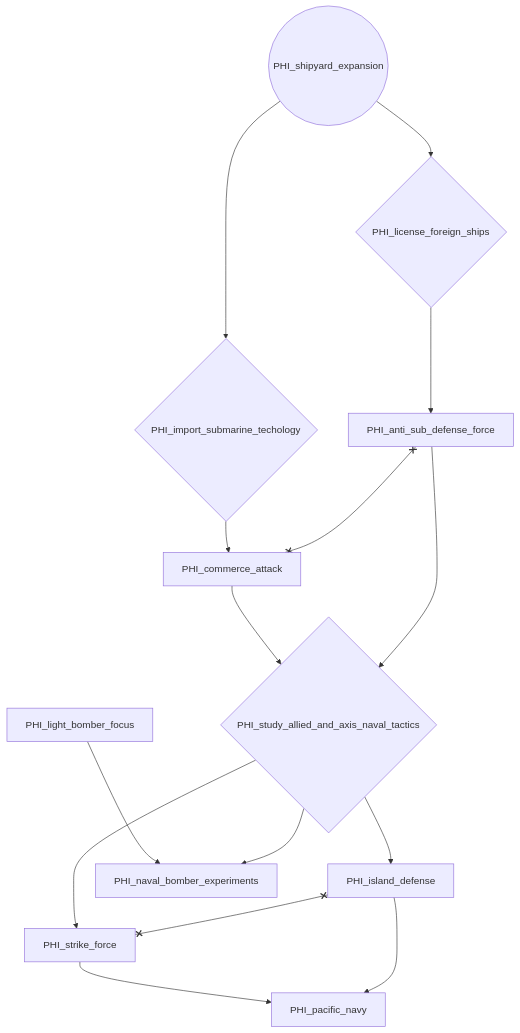
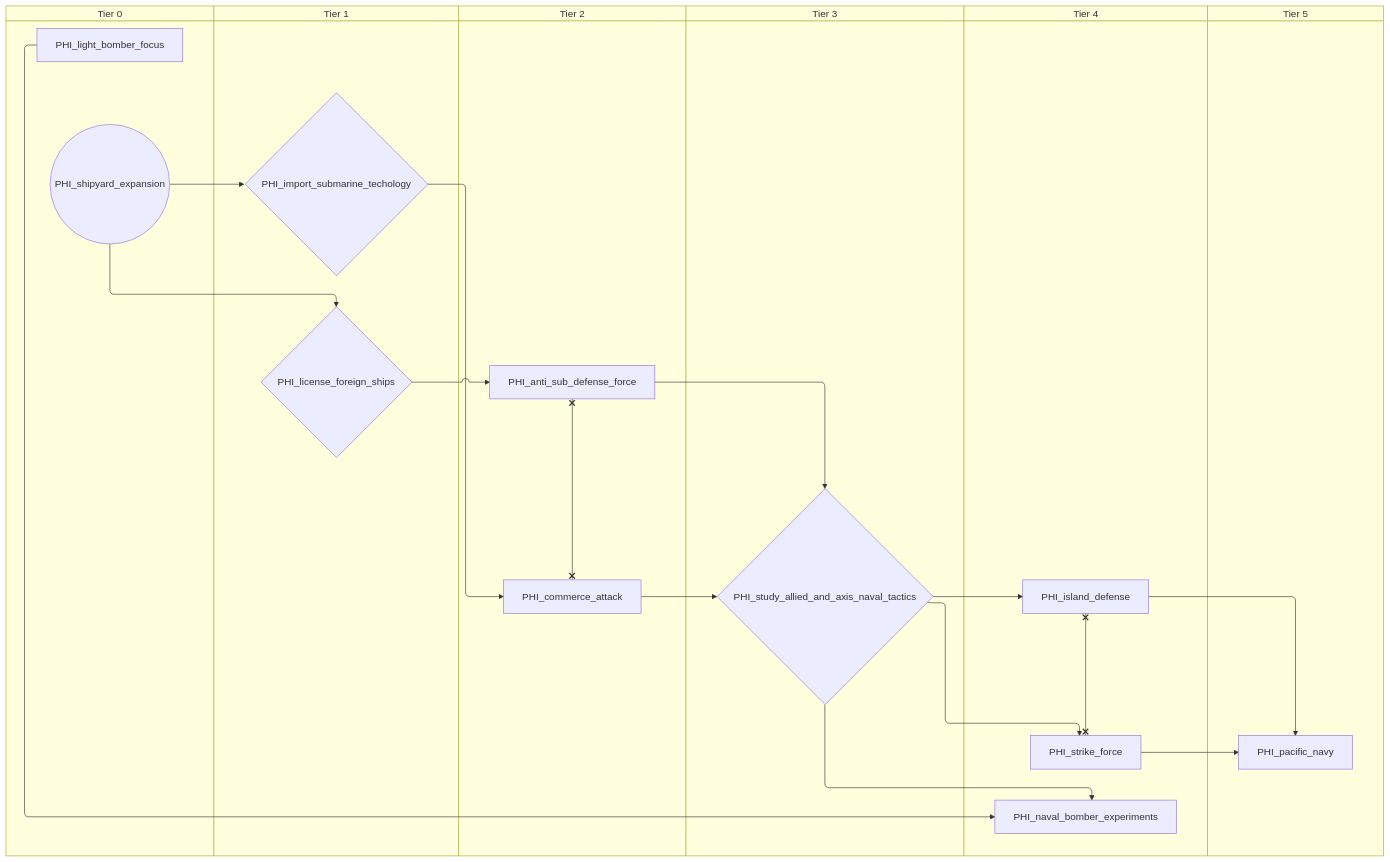
Before and after one commit to evgeny-sobol/hoi4-sandbox-mode-r56: the third of 5 diagrams in docs/gdd/National Focuses/r56_philippines.md, drawn with Mermaid. The commit also changed other lines of this file and 423 other files, not shown here.

First line of the commit message:
Re-export Rt56 focus trees as swimlane diagrams

````diff
--- a/docs/gdd/National Focuses/r56_philippines.md
+++ b/docs/gdd/National Focuses/r56_philippines.md
@@ -182,28 +216,40 @@
 ```mermaid
-flowchart TD
-    n70["PHI_anti_sub_defense_force"]
-    n71["PHI_commerce_attack"]
-    n72{"PHI_import_submarine_techology"}
-    n73["PHI_island_defense"]
-    n74{"PHI_license_foreign_ships"}
-    n6["PHI_light_bomber_focus"]
-    n8["PHI_naval_bomber_experiments"]
-    n75["PHI_pacific_navy"]
-    n76(("PHI_shipyard_expansion"))
-    n77["PHI_strike_force"]
-    n10{"PHI_study_allied_and_axis_naval_tactics"}
-    n74 --> n70
-    n72 --> n71
-    n76 --> n72
-    n10 --> n73
-    n76 --> n74
-    n6 --> n8
-    n10 --> n8
-    n77 --> n75
-    n73 --> n75
-    n10 --> n77
-    n71 --> n10
-    n70 --> n10
-    n70 x--x n71
-    n73 x--x n77
+swimlane-beta TD
+    subgraph tier_0["Tier 0"]
+        n6["PHI_light_bomber_focus"]
+        n70(("PHI_shipyard_expansion"))
+    end
+    subgraph tier_1["Tier 1"]
+        n71{"PHI_import_submarine_techology"}
+        n72{"PHI_license_foreign_ships"}
+    end
+    subgraph tier_2["Tier 2"]
+        n73["PHI_anti_sub_defense_force"]
+        n74["PHI_commerce_attack"]
+    end
+    subgraph tier_3["Tier 3"]
+        n2{"PHI_study_allied_and_axis_naval_tactics"}
+    end
+    subgraph tier_4["Tier 4"]
+        n75["PHI_island_defense"]
+        n9["PHI_naval_bomber_experiments"]
+        n76["PHI_strike_force"]
+    end
+    subgraph tier_5["Tier 5"]
+        n77["PHI_pacific_navy"]
+    end
+    n72 --> n73
+    n71 --> n74
+    n70 --> n71
+    n2 --> n75
+    n70 --> n72
+    n6 --> n9
+    n2 --> n9
+    n76 --> n77
+    n75 --> n77
+    n2 --> n76
+    n74 --> n2
+    n73 --> n2
+    n73 x--x n74
+    n75 x--x n76
 ```
````
